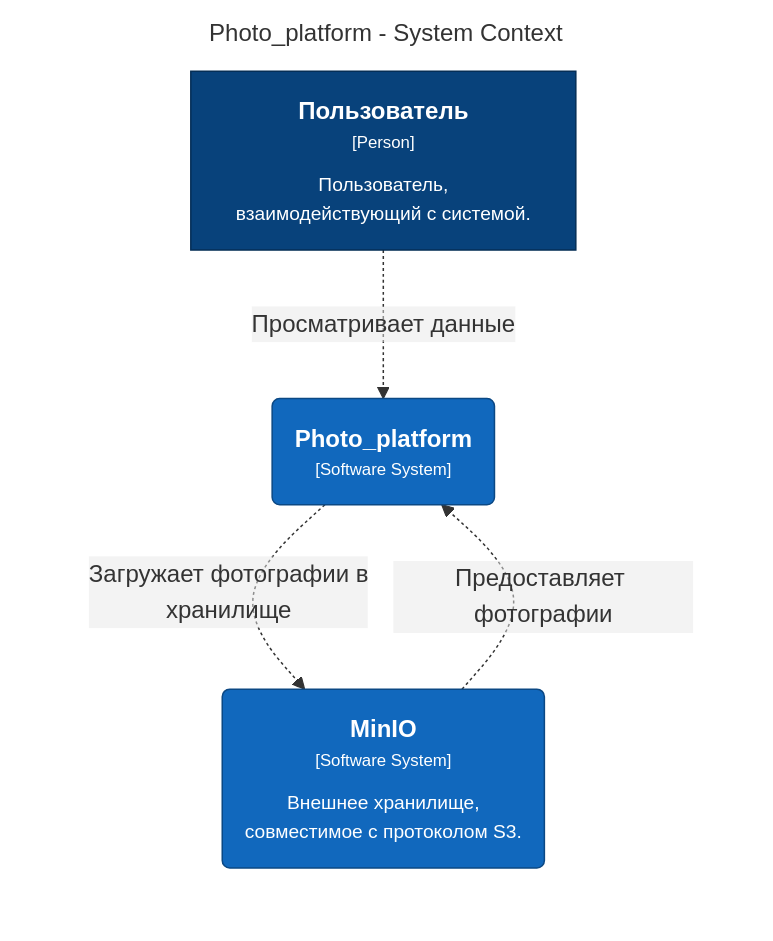
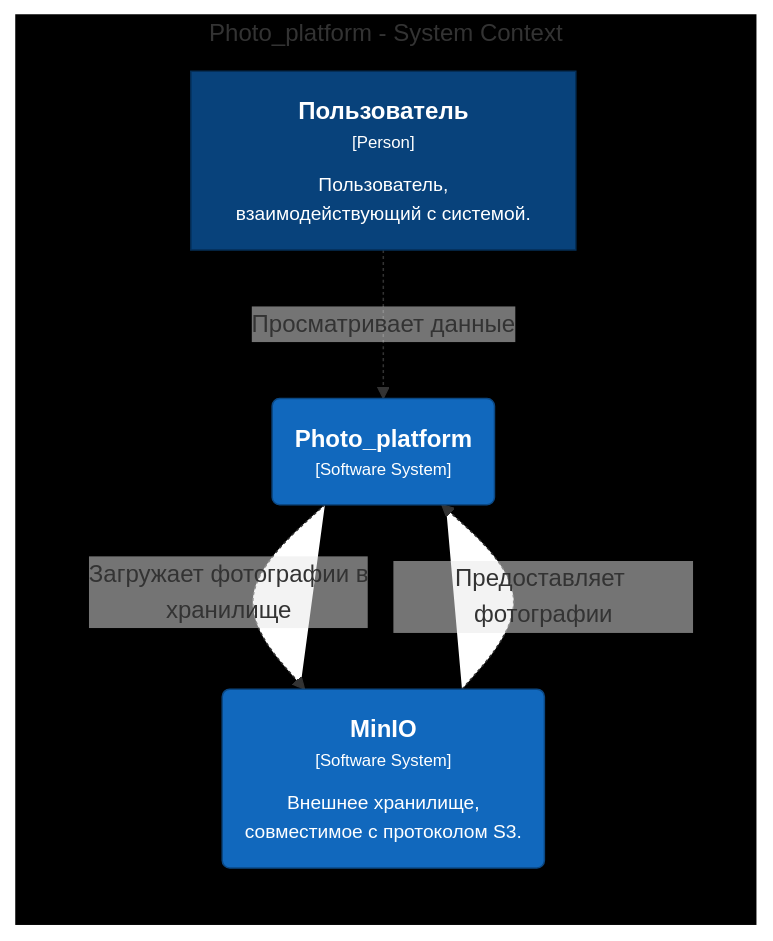
One commit to saneaizog/TestSberTech changed the first of 4 diagrams in README.md. Above: the diagram before and after it, drawn with Mermaid. The commit also changed other lines of this file, not shown here.

````diff
--- a/README.md
+++ b/README.md
@@ -183,19 +183,20 @@
 ```mermaid
 graph LR
   linkStyle default fill:#ffffff
 
   subgraph diagram ["Photo_platform - System Context"]
-    style diagram fill:#ffffff,stroke:#ffffff
+    style diagram fill:#000000,stroke:#000000
 
-    1["<div style='font-weight: bold'>Пользователь</div><div style='font-size: 70%; margin-top: 0px'>[Person]</div><div style='font-size: 80%; margin-top:10px'>Пользователь,<br />взаимодействующий с системой.</div>"]
+    1["<div style='font-weight: bold; color: #ffffff;'>Пользователь</div><div style='font-size: 70%; margin-top: 0px; color: #ffffff;'>[Person]</div><div style='font-size: 80%; margin-top:10px; color: #ffffff;'>Пользователь,<br />взаимодействующий с системой.</div>"]
     style 1 fill:#08427b,stroke:#052e56,color:#ffffff
-    16("<div style='font-weight: bold'>MinIO</div><div style='font-size: 70%; margin-top: 0px'>[Software System]</div><div style='font-size: 80%; margin-top:10px'>Внешнее хранилище,<br />совместимое с протоколом S3.</div>")
-    style 16 fill:#1168bd,stroke:#0b4884,color:#ffffff
-    2("<div style='font-weight: bold'>Photo_platform</div><div style='font-size: 70%; margin-top: 0px'>[Software System]</div>")
+    13("<div style='font-weight: bold; color: #ffffff;'>MinIO</div><div style='font-size: 70%; margin-top: 0px; color: #ffffff;'>[Software System]</div><div style='font-size: 80%; margin-top:10px; color: #ffffff;'>Внешнее хранилище,<br />совместимое с протоколом S3.</div>")
+    style 13 fill:#1168bd,stroke:#0b4884,color:#ffffff
+    2("<div style='font-weight: bold; color: #ffffff;'>Photo_platform</div><div style='font-size: 70%; margin-top: 0px; color: #ffffff;'>[Software System]</div>")
     style 2 fill:#1168bd,stroke:#0b4884,color:#ffffff
 
-    16-. "<div>Предоставляет фотографии</div><div style='font-size: 70%'></div>" .->2
-    2-. "<div>Загружает фотографии в<br />хранилище</div><div style='font-size: 70%'></div>" .->16
-    1-. "<div>Просматривает данные</div><div style='font-size: 70%'></div>" .->2
+    13-. "<div style='color: #ffffff;'>Предоставляет фотографии</div><div style='font-size: 70%'></div>" .->2
+    2-. "<div style='color: #ffffff;'>Загружает фотографии в<br />хранилище</div><div style='font-size: 70%'></div>" .->13
+    1-. "<div style='color: #ffffff;'>Просматривает данные</div><div style='font-size: 70%'></div>" .->2
   end
+
 ```
````
